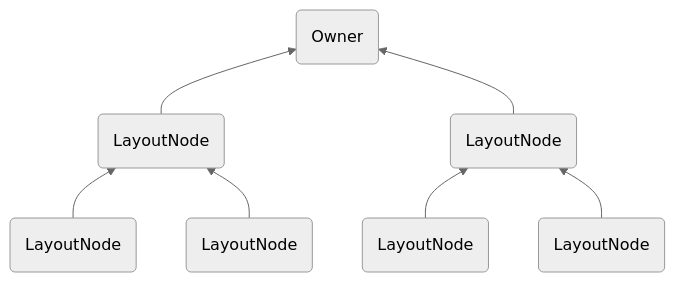
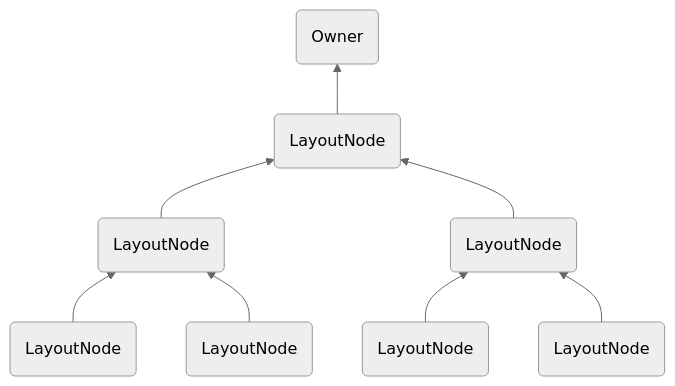
One commit to yongsuk44/Study changed the third of 3 diagrams in Compose Internals/Chapter 3 : The Compose runtime.md. Above: the diagram before and after it, drawn with Mermaid (neutral theme). The commit also changed other lines of this file, not shown here.

````diff
--- a/Compose Internals/Chapter 3 : The Compose runtime.md
+++ b/Compose Internals/Chapter 3 : The Compose runtime.md
@@ -610,9 +613,10 @@
 ```mermaid
 graph BT
     LN1("LayoutNode") --> LNM1("LayoutNode")
     LN2("LayoutNode") --> LNM1("LayoutNode")
     LN3("LayoutNode") --> LNM2("LayoutNode")
     LN4("LayoutNode") --> LNM2("LayoutNode")
-    LNM1 --> Owner("Owner")
-    LNM2 --> Owner("Owner")
+    LNM1 --> LNR
+    LNM2 --> LNR
+    LNR("LayoutNode") --> Owner("Owner")
 ```
````
